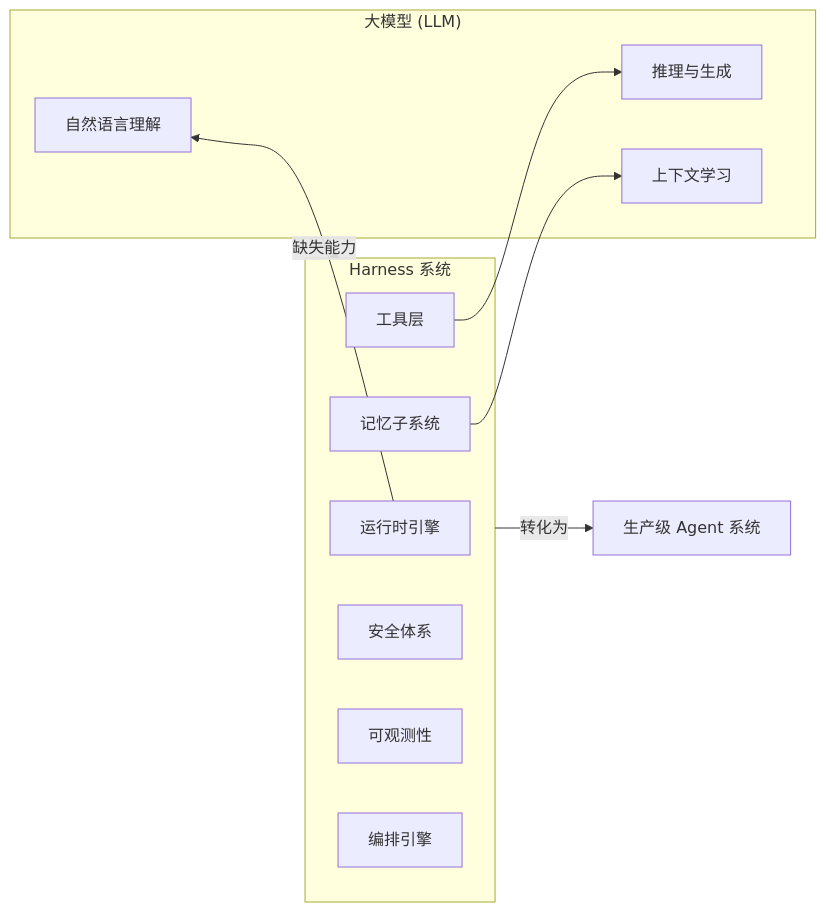
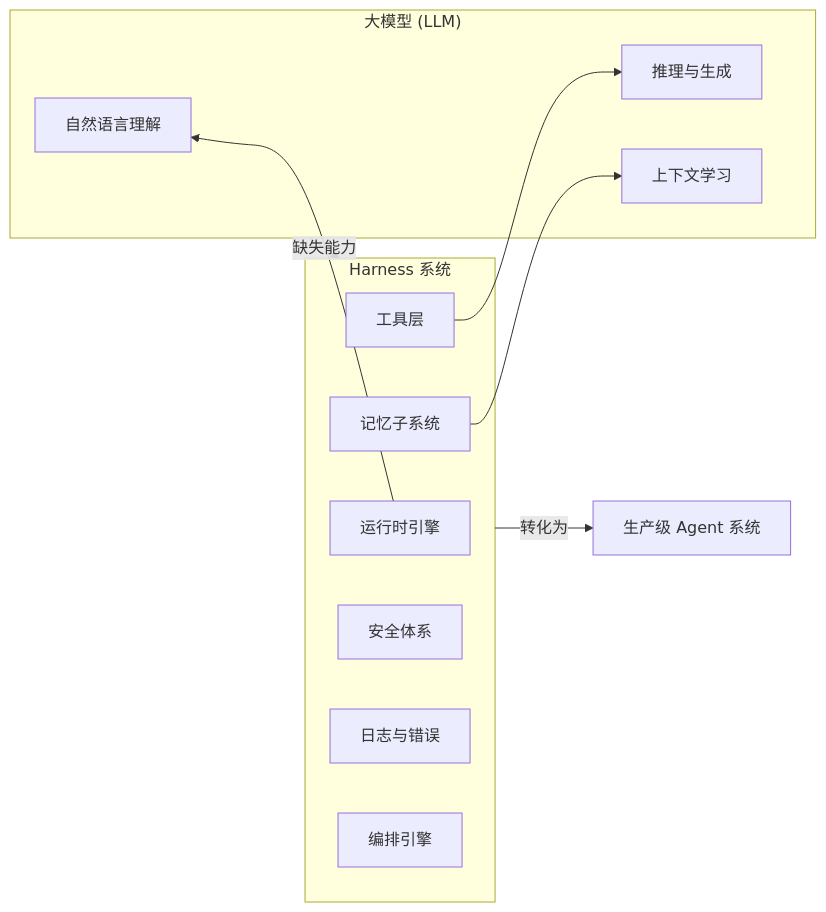
Before and after one commit to apexracing/tracklogic-agent: the first of 3 diagrams in docs/01-introduction.md, drawn with Mermaid. The commit also changed other lines of this file and 52 other files, not shown here.

````diff
--- a/docs/01-introduction.md
+++ b/docs/01-introduction.md
@@ -23,18 +25,18 @@
 ```mermaid
 graph LR
     subgraph LLM["大模型 (LLM)"]
         A1["自然语言理解"]
         A2["推理与生成"]
         A3["上下文学习"]
     end
     subgraph Harness["Harness 系统"]
         B1["运行时引擎"] --> A1
         B2["工具层"] --> A2
         B3["记忆子系统"] --> A3
         B4["安全体系"]
-        B5["可观测性"]
+        B5["日志与错误"]
         B6["编排引擎"]
     end
     LLM -- 缺失能力 --> Harness
     Harness -- 转化为 --> Production["生产级 Agent 系统"]
 ```
````
